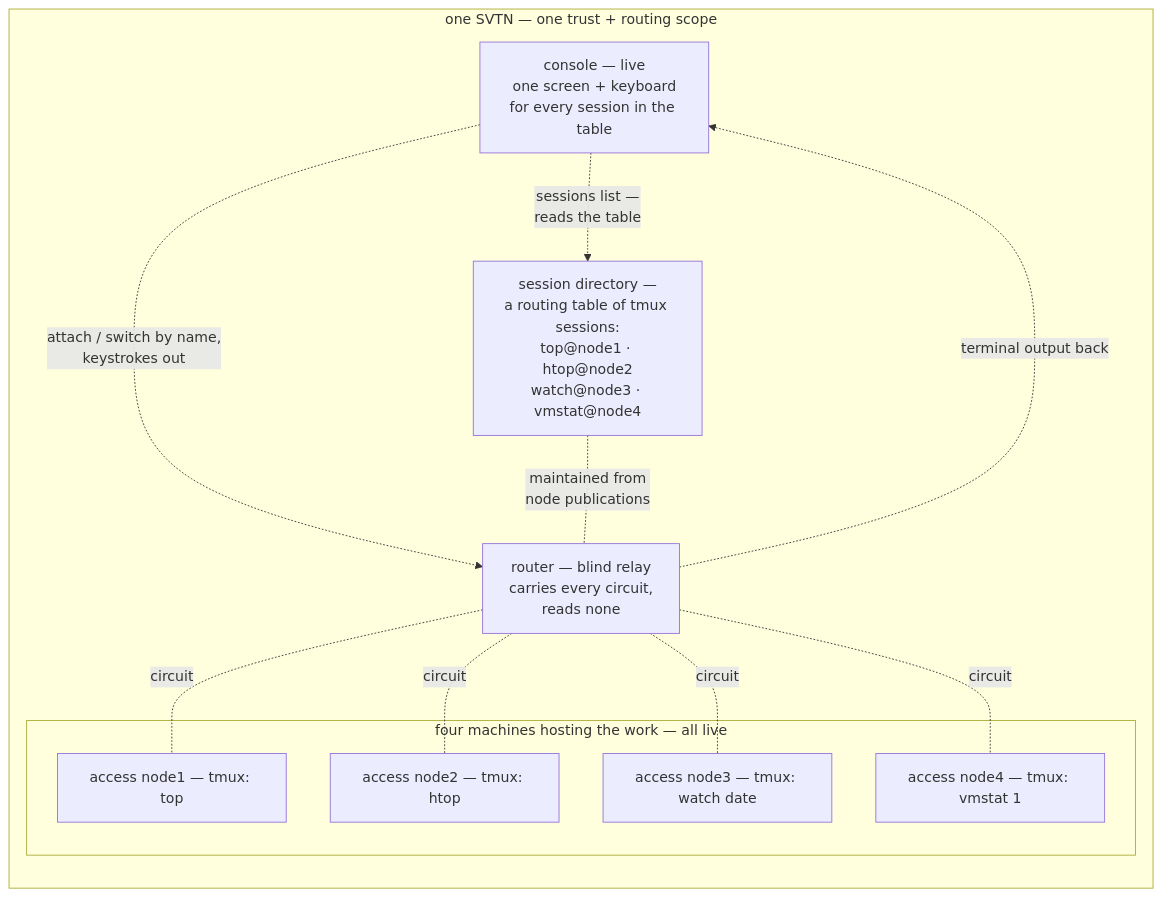
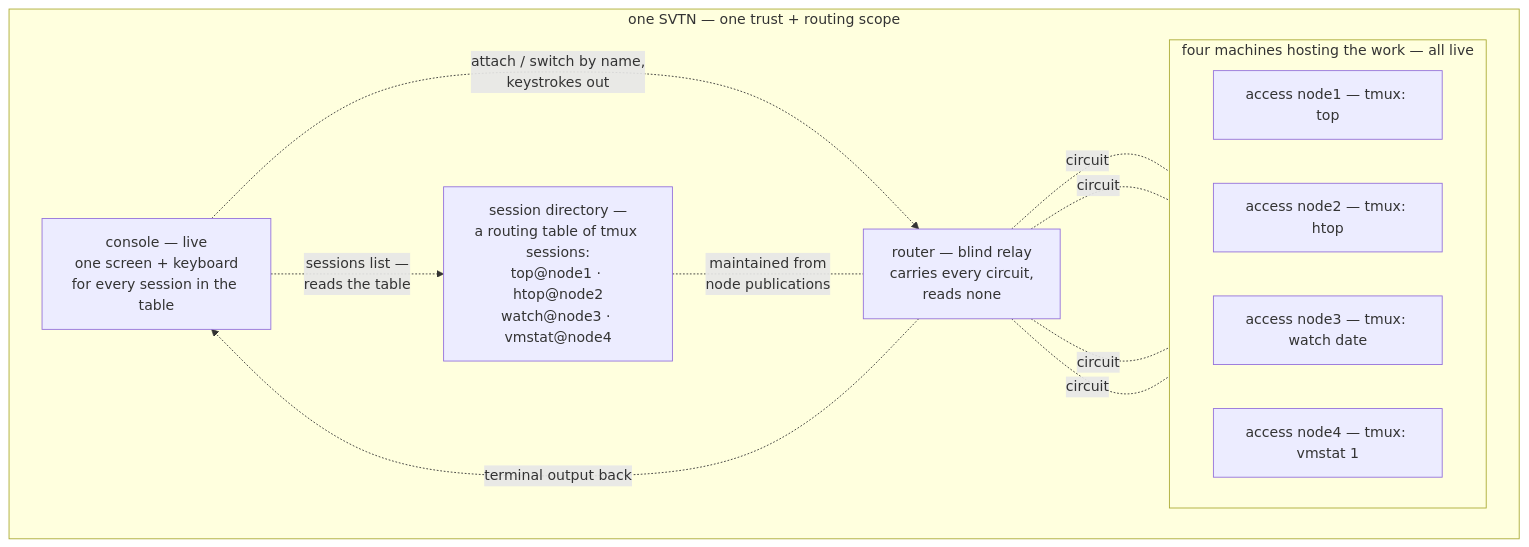
Before and after one commit to ArcavenAE/switchboard-blue: the first of 3 diagrams in examples/05-four-nodes-one-svtn/README.md, drawn with Mermaid. The commit also changed 2 other files, not shown here.

Commit message:
docs(examples): force LR rendering on nested overview subgraphs; 06 ground level TB -> LR
- 05 network view: edges moved inside the svtn subgraph and explicit
  'direction LR' set on svtn + work — nested subgraphs otherwise let
  the renderer stack console/directory/router vertically despite the
  top-level graph LR
- 02 network view: same 'direction LR' hint on the data-plane subgraph
  (its chain lives entirely inside the box, so the hint is honored)
- 06 ground level: graph TB -> LR — operator initiates from the left,
  router and both team boxes rank right; content unchanged

````diff
--- a/examples/05-four-nodes-one-svtn/README.md
+++ b/examples/05-four-nodes-one-svtn/README.md
@@ -25,22 +25,24 @@
 ```mermaid
 graph LR
     subgraph svtn["one SVTN — one trust + routing scope"]
+        direction LR
         CN["console — live<br/>one screen + keyboard<br/>for every session in the table"]
         DIR["session directory —<br/>a routing table of tmux sessions:<br/>top@node1 · htop@node2<br/>watch@node3 · vmstat@node4"]
         R["router — blind relay<br/>carries every circuit,<br/>reads none"]
         subgraph work["four machines hosting the work — all live"]
+            direction LR
             A1["access node1 — tmux: top"]
             A2["access node2 — tmux: htop"]
             A3["access node3 — tmux: watch date"]
             A4["access node4 — tmux: vmstat 1"]
         end
+        CN -. "sessions list —<br/>reads the table" .-> DIR
+        CN -. "attach / switch by name,<br/>keystrokes out" .-> R
+        R -. "terminal output back" .-> CN
+        DIR -. "maintained from<br/>node publications" .- R
+        R -. circuit .- A1
+        R -. circuit .- A2
+        R -. circuit .- A3
+        R -. circuit .- A4
     end
-    CN -. "sessions list —<br/>reads the table" .-> DIR
-    CN -. "attach / switch by name,<br/>keystrokes out" .-> R
-    R -. "terminal output back" .-> CN
-    DIR -. "maintained from<br/>node publications" .- R
-    R -. circuit .- A1
-    R -. circuit .- A2
-    R -. circuit .- A3
-    R -. circuit .- A4
 ```
````
